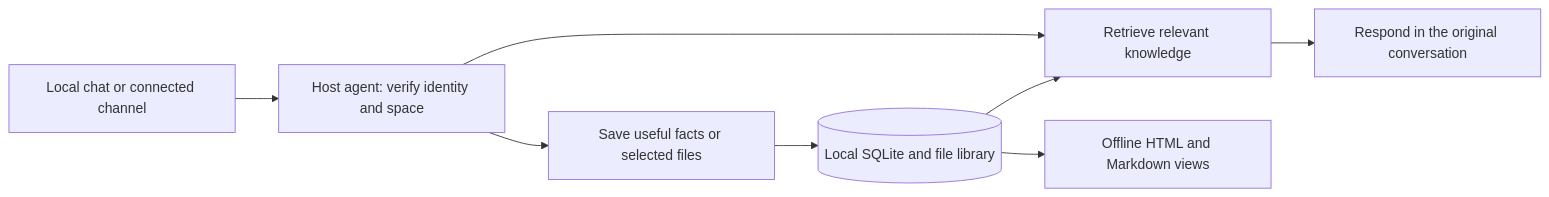
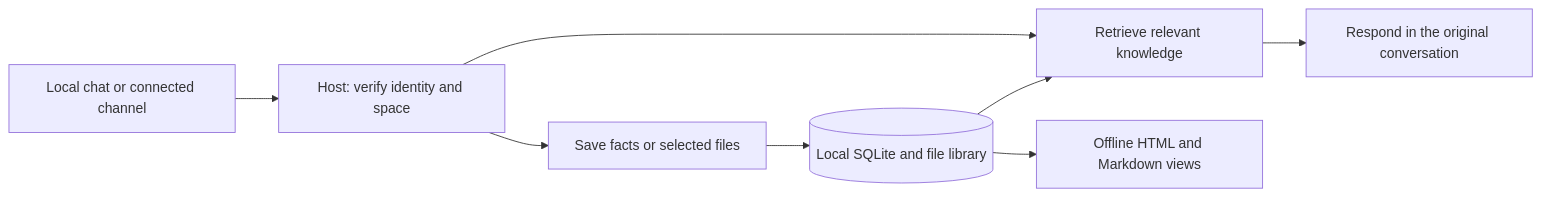
The diagram in README.md (KarmenLoop/koder-personal-knowledge), drawn with Mermaid before and after one commit. The commit also changed other lines of this file and 3 other files, not shown here.

````diff
--- a/README.md
+++ b/README.md
@@ -53,10 +67,10 @@
 ```mermaid
 flowchart LR
-    A[Local chat or connected channel] --> B[Host agent: verify identity and space]
+    A[Local chat or connected channel] --> B[Host: verify identity and space]
     B --> C[Retrieve relevant knowledge]
     C --> D[Respond in the original conversation]
-    B --> E[Save useful facts or selected files]
+    B --> E[Save facts or selected files]
     E --> F[(Local SQLite and file library)]
     F --> C
     F --> G[Offline HTML and Markdown views]
 ```
````
